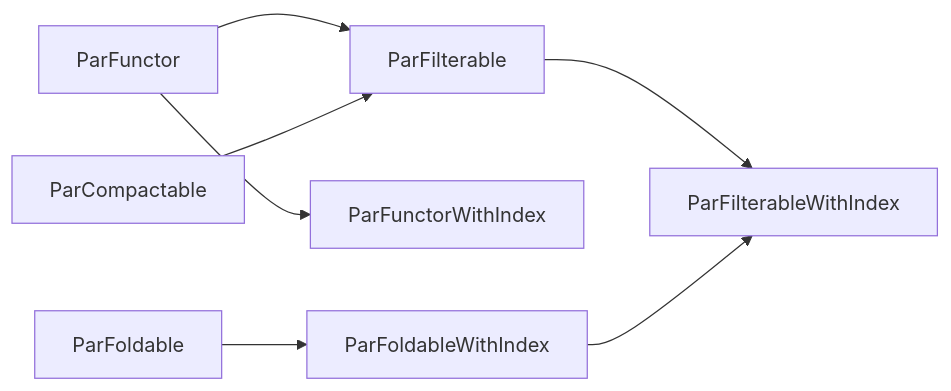
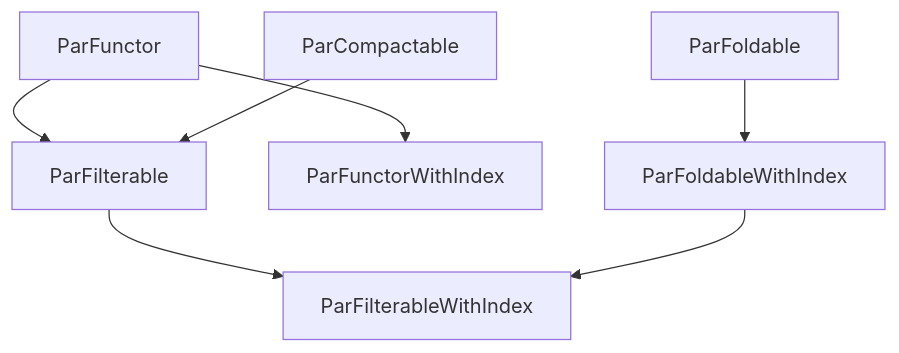
One commit to nothingnesses/rust-fp-library changed the diagram in docs/parallelism.md. Above: the diagram before and after it, drawn with Mermaid. The commit also changed 2 other files, not shown here.

Commit message:
docs: Use top-down layout for Mermaid diagrams
Change all Mermaid diagrams from left-to-right (graph LR) to
top-down (graph TD) for better readability of trait hierarchies.

````diff
--- a/docs/parallelism.md
+++ b/docs/parallelism.md
@@ -7,9 +7,9 @@
 ```mermaid
-graph LR
+graph TD
     ParFunctor --> ParFilterable
     ParCompactable --> ParFilterable
     ParFunctor --> ParFunctorWithIndex
     ParFoldable --> ParFoldableWithIndex
     ParFilterable --> ParFilterableWithIndex
     ParFoldableWithIndex --> ParFilterableWithIndex
 ```
````
